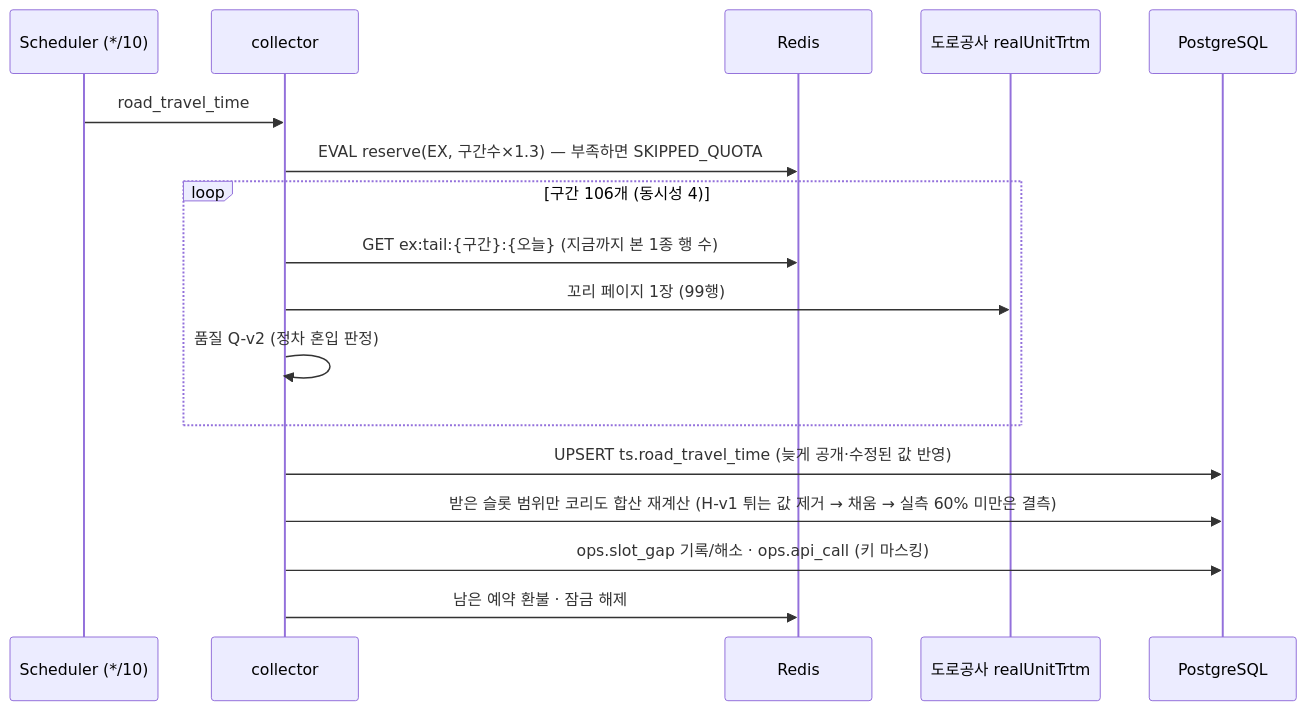
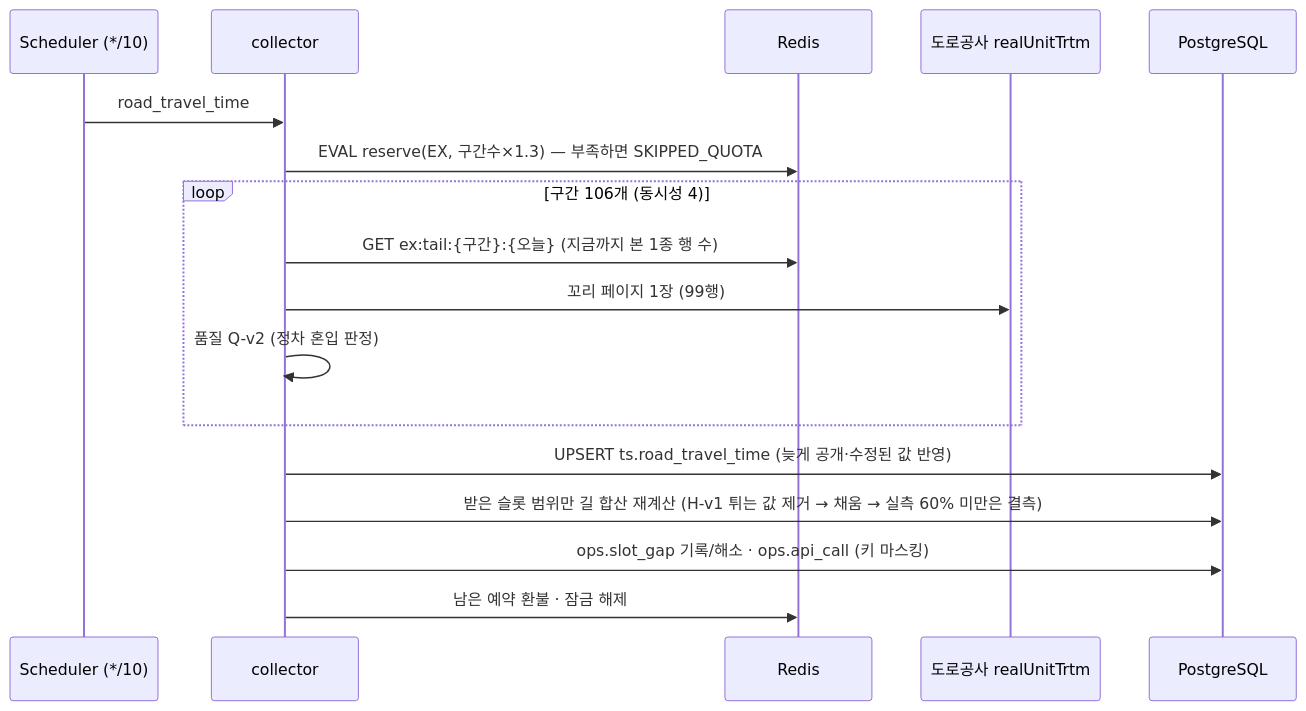
The second of 2 diagrams in README.md (Jinyoung-Kang/roadrail), drawn with Mermaid before and after one commit. The commit also changed other lines of this file and 83 other files, not shown here.

````diff
--- a/README.md
+++ b/README.md
@@ -107,19 +113,19 @@
 ```mermaid
 sequenceDiagram
   participant S as Scheduler (*/10)
   participant C as collector
   participant R as Redis
   participant EX as 도로공사 realUnitTrtm
   participant DB as PostgreSQL
   S->>C: road_travel_time
   C->>R: EVAL reserve(EX, 구간수×1.3) — 부족하면 SKIPPED_QUOTA
   loop 구간 106개 (동시성 4)
     C->>R: GET ex:tail:{구간}:{오늘} (지금까지 본 1종 행 수)
     C->>EX: 꼬리 페이지 1장 (99행)
     C->>C: 품질 Q-v2 (정차 혼입 판정)
   end
   C->>DB: UPSERT ts.road_travel_time (늦게 공개·수정된 값 반영)
-  C->>DB: 받은 슬롯 범위만 코리도 합산 재계산 (H-v1 튀는 값 제거 → 채움 → 실측 60% 미만은 결측)
+  C->>DB: 받은 슬롯 범위만 길 합산 재계산 (H-v1 튀는 값 제거 → 채움 → 실측 60% 미만은 결측)
   C->>DB: ops.slot_gap 기록/해소 · ops.api_call (키 마스킹)
   C->>R: 남은 예약 환불 · 잠금 해제
 ```
````
